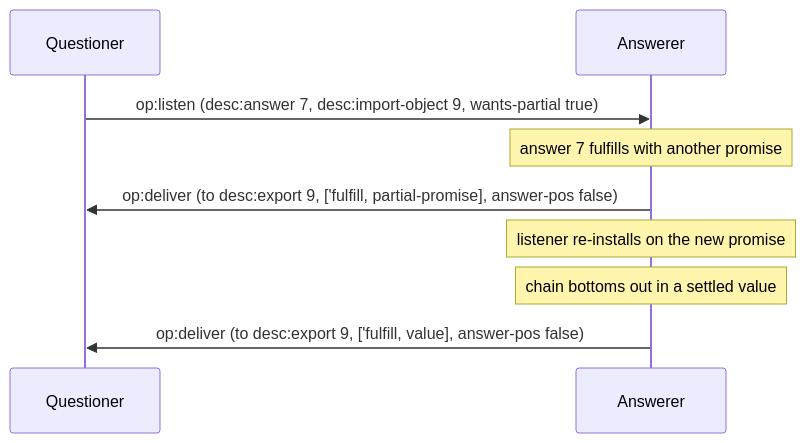
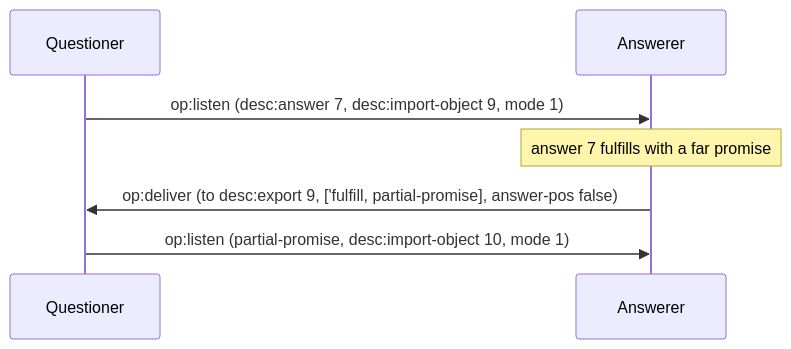
One commit to glowcap-org/glowcap changed the sixth of 7 diagrams in docs/protocol-diagrams/03-promises-and-pipelining.md. Above: the diagram before and after it, drawn with Mermaid. The commit also changed other lines of this file and 920 other files, not shown here.

````diff
--- a/docs/protocol-diagrams/03-promises-and-pipelining.md
+++ b/docs/protocol-diagrams/03-promises-and-pipelining.md
@@ -95,11 +101,9 @@
 ```mermaid
 sequenceDiagram
     participant Q as Questioner
     participant R as Answerer
-    Q->>R: op:listen (desc:answer 7, desc:import-object 9, wants-partial true)
-    Note over R: answer 7 fulfills with another promise
+    Q->>R: op:listen (desc:answer 7, desc:import-object 9, mode 1)
+    Note over R: answer 7 fulfills with a far promise
     R->>Q: op:deliver (to desc:export 9, ['fulfill, partial-promise], answer-pos false)
-    Note over R: listener re-installs on the new promise
-    Note over R: chain bottoms out in a settled value
-    R->>Q: op:deliver (to desc:export 9, ['fulfill, value], answer-pos false)
+    Q->>R: op:listen (partial-promise, desc:import-object 10, mode 1)
 ```
````
